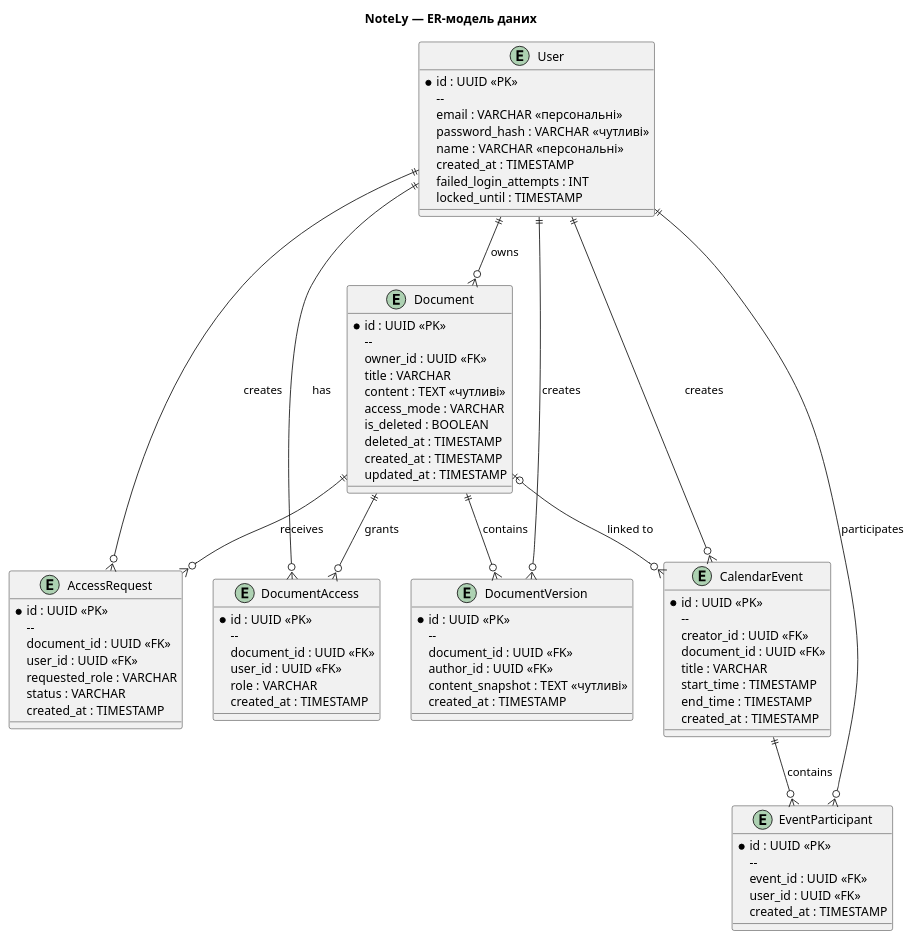
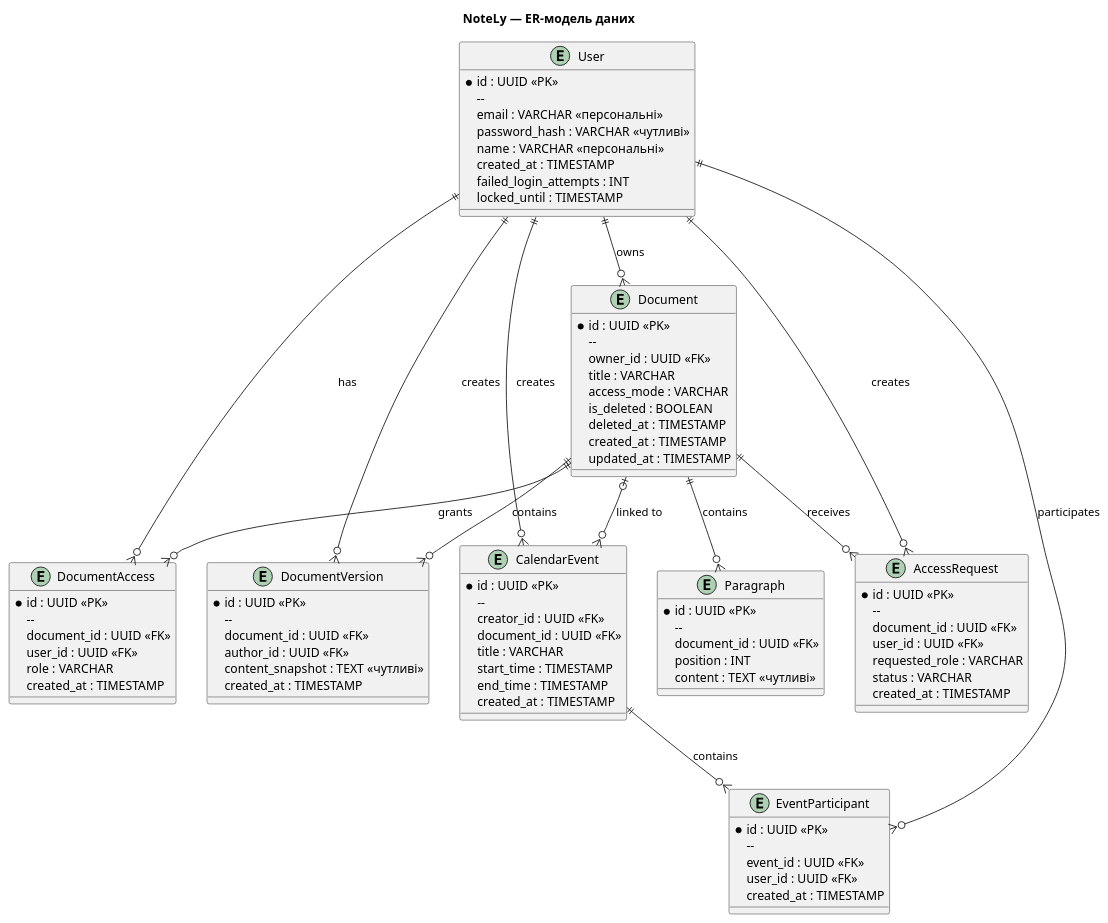
One commit to ukma-fin-ssdm-2026/noproblem changed the diagram in docs/architecture/uml/data-model.puml. Above: the diagram before and after it, drawn with PlantUML. The commit also changed 1 other file, not shown here.

```diff
--- a/docs/architecture/uml/data-model.puml
+++ b/docs/architecture/uml/data-model.puml
@@ -1,99 +1,108 @@
 @startuml
 
 title NoteLy — ER-модель даних
 
 entity "User" as User {
 
 * id : UUID <<PK>>
   --
   email : VARCHAR <<персональні>>
   password_hash : VARCHAR <<чутливі>>
   name : VARCHAR <<персональні>>
   created_at : TIMESTAMP
   failed_login_attempts : INT
   locked_until : TIMESTAMP
   }
 
 entity "Document" as Document {
 
 * id : UUID <<PK>>
   --
   owner_id : UUID <<FK>>
   title : VARCHAR
-  content : TEXT <<чутливі>>
   access_mode : VARCHAR
   is_deleted : BOOLEAN
   deleted_at : TIMESTAMP
   created_at : TIMESTAMP
   updated_at : TIMESTAMP
+  }
+
+entity "Paragraph" as Paragraph {
+
+* id : UUID <<PK>>
+  --
+  document_id : UUID <<FK>>
+  position : INT
+  content : TEXT <<чутливі>>
   }
 
 entity "DocumentAccess" as DocumentAccess {
 
 * id : UUID <<PK>>
   --
   document_id : UUID <<FK>>
   user_id : UUID <<FK>>
   role : VARCHAR
   created_at : TIMESTAMP
   }
 
 entity "AccessRequest" as AccessRequest {
 
 * id : UUID <<PK>>
   --
   document_id : UUID <<FK>>
   user_id : UUID <<FK>>
   requested_role : VARCHAR
   status : VARCHAR
   created_at : TIMESTAMP
   }
 
 entity "DocumentVersion" as DocumentVersion {
 
 * id : UUID <<PK>>
   --
   document_id : UUID <<FK>>
   author_id : UUID <<FK>>
   content_snapshot : TEXT <<чутливі>>
   created_at : TIMESTAMP
   }
 
 entity "CalendarEvent" as CalendarEvent {
 
 * id : UUID <<PK>>
   --
   creator_id : UUID <<FK>>
   document_id : UUID <<FK>>
   title : VARCHAR
   start_time : TIMESTAMP
   end_time : TIMESTAMP
   created_at : TIMESTAMP
   }
 
 entity "EventParticipant" as EventParticipant {
 
 * id : UUID <<PK>>
   --
   event_id : UUID <<FK>>
   user_id : UUID <<FK>>
   created_at : TIMESTAMP
   }
 
 User ||--o{ Document : owns
+Document ||--o{ Paragraph : contains
 User ||--o{ DocumentAccess : has
 Document ||--o{ DocumentAccess : grants
 
 User ||--o{ AccessRequest : creates
 Document ||--o{ AccessRequest : receives
 
 User ||--o{ DocumentVersion : creates
 Document ||--o{ DocumentVersion : contains
 
 User ||--o{ CalendarEvent : creates
 Document |o--o{ CalendarEvent : linked to
 
 CalendarEvent ||--o{ EventParticipant : contains
 User ||--o{ EventParticipant : participates
 
 @enduml
```
